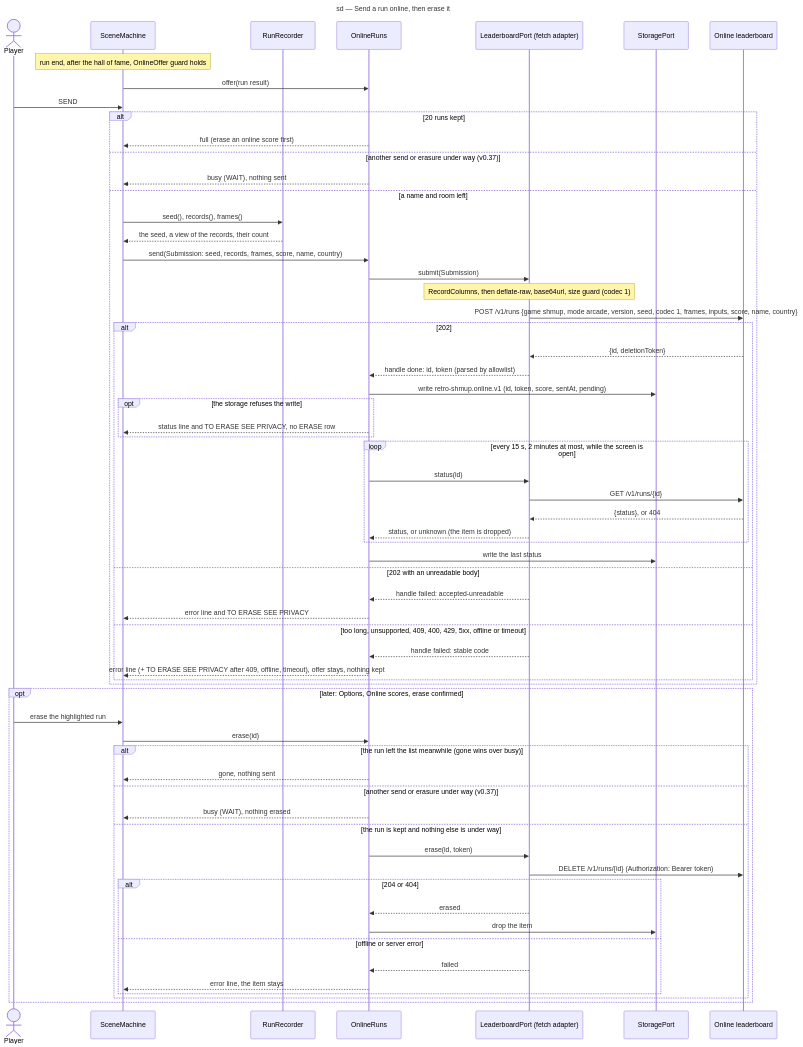
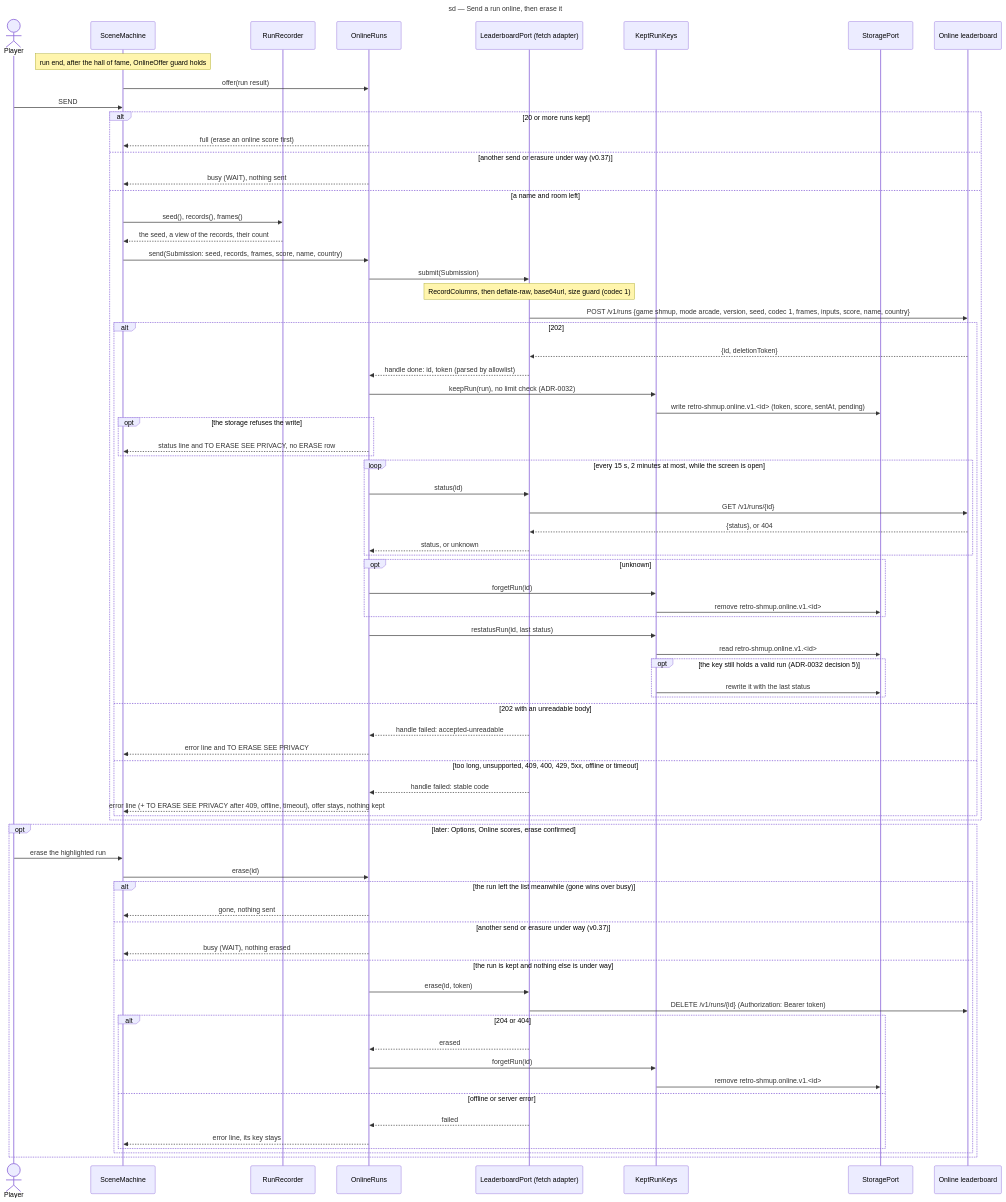
Before and after one commit to benoit-bremaud/retro-shmup: the diagram in docs/architecture/diagrams/meta/02-sequence-send-online.md, drawn with Mermaid. The commit also changed other lines of this file and 7 other files, not shown here.

First line of the commit message:
docs(uml): keep each online run under its own storage key (#191)

````diff
--- a/docs/architecture/diagrams/meta/02-sequence-send-online.md
+++ b/docs/architecture/diagrams/meta/02-sequence-send-online.md
@@ -19,68 +19,79 @@
 ```mermaid
 sequenceDiagram
   title sd — Send a run online, then erase it
   actor Player
   participant Scenes as SceneMachine
   participant Rec as RunRecorder
   participant Online as OnlineRuns
   participant Port as LeaderboardPort (fetch adapter)
+  participant Keys as KeptRunKeys
   participant Store as StoragePort
   participant LB as Online leaderboard
 
   Note over Scenes: run end, after the hall of fame, OnlineOffer guard holds
   Scenes->>Online: offer(run result)
   Player->>Scenes: SEND
-  alt 20 runs kept
+  alt 20 or more runs kept
     Online-->>Scenes: full (erase an online score first)
   else another send or erasure under way (v0.37)
     Online-->>Scenes: busy (WAIT), nothing sent
   else a name and room left
     Scenes->>Rec: seed(), records(), frames()
     Rec-->>Scenes: the seed, a view of the records, their count
     Scenes->>Online: send(Submission: seed, records, frames, score, name, country)
     Online->>Port: submit(Submission)
     Note over Port: RecordColumns, then deflate-raw, base64url, size guard (codec 1)
     Port->>LB: POST /v1/runs {game shmup, mode arcade, version, seed, codec 1, frames, inputs, score, name, country}
     alt 202
       LB-->>Port: {id, deletionToken}
       Port-->>Online: handle done: id, token (parsed by allowlist)
-      Online->>Store: write retro-shmup.online.v1 (id, token, score, sentAt, pending)
+      Online->>Keys: keepRun(run), no limit check (ADR-0032)
+      Keys->>Store: write retro-shmup.online.v1.<id> (token, score, sentAt, pending)
       opt the storage refuses the write
         Online-->>Scenes: status line and TO ERASE SEE PRIVACY, no ERASE row
       end
       loop every 15 s, 2 minutes at most, while the screen is open
         Online->>Port: status(id)
         Port->>LB: GET /v1/runs/{id}
         LB-->>Port: {status}, or 404
-        Port-->>Online: status, or unknown (the item is dropped)
+        Port-->>Online: status, or unknown
       end
-      Online->>Store: write the last status
+      opt unknown
+        Online->>Keys: forgetRun(id)
+        Keys->>Store: remove retro-shmup.online.v1.<id>
+      end
+      Online->>Keys: restatusRun(id, last status)
+      Keys->>Store: read retro-shmup.online.v1.<id>
+      opt the key still holds a valid run (ADR-0032 decision 5)
+        Keys->>Store: rewrite it with the last status
+      end
     else 202 with an unreadable body
       Port-->>Online: handle failed: accepted-unreadable
       Online-->>Scenes: error line and TO ERASE SEE PRIVACY
     else too long, unsupported, 409, 400, 429, 5xx, offline or timeout
       Port-->>Online: handle failed: stable code
       Online-->>Scenes: error line (+ TO ERASE SEE PRIVACY after 409, offline, timeout), offer stays, nothing kept
     end
   end
 
   opt later: Options, Online scores, erase confirmed
     Player->>Scenes: erase the highlighted run
     Scenes->>Online: erase(id)
     alt the run left the list meanwhile (gone wins over busy)
       Online-->>Scenes: gone, nothing sent
     else another send or erasure under way (v0.37)
       Online-->>Scenes: busy (WAIT), nothing erased
     else the run is kept and nothing else is under way
       Online->>Port: erase(id, token)
       Port->>LB: DELETE /v1/runs/{id} (Authorization: Bearer token)
       alt 204 or 404
         Port-->>Online: erased
-        Online->>Store: drop the item
+        Online->>Keys: forgetRun(id)
+        Keys->>Store: remove retro-shmup.online.v1.<id>
       else offline or server error
         Port-->>Online: failed
-        Online-->>Scenes: error line, the item stays
+        Online-->>Scenes: error line, its key stays
       end
     end
   end
 ```
````
